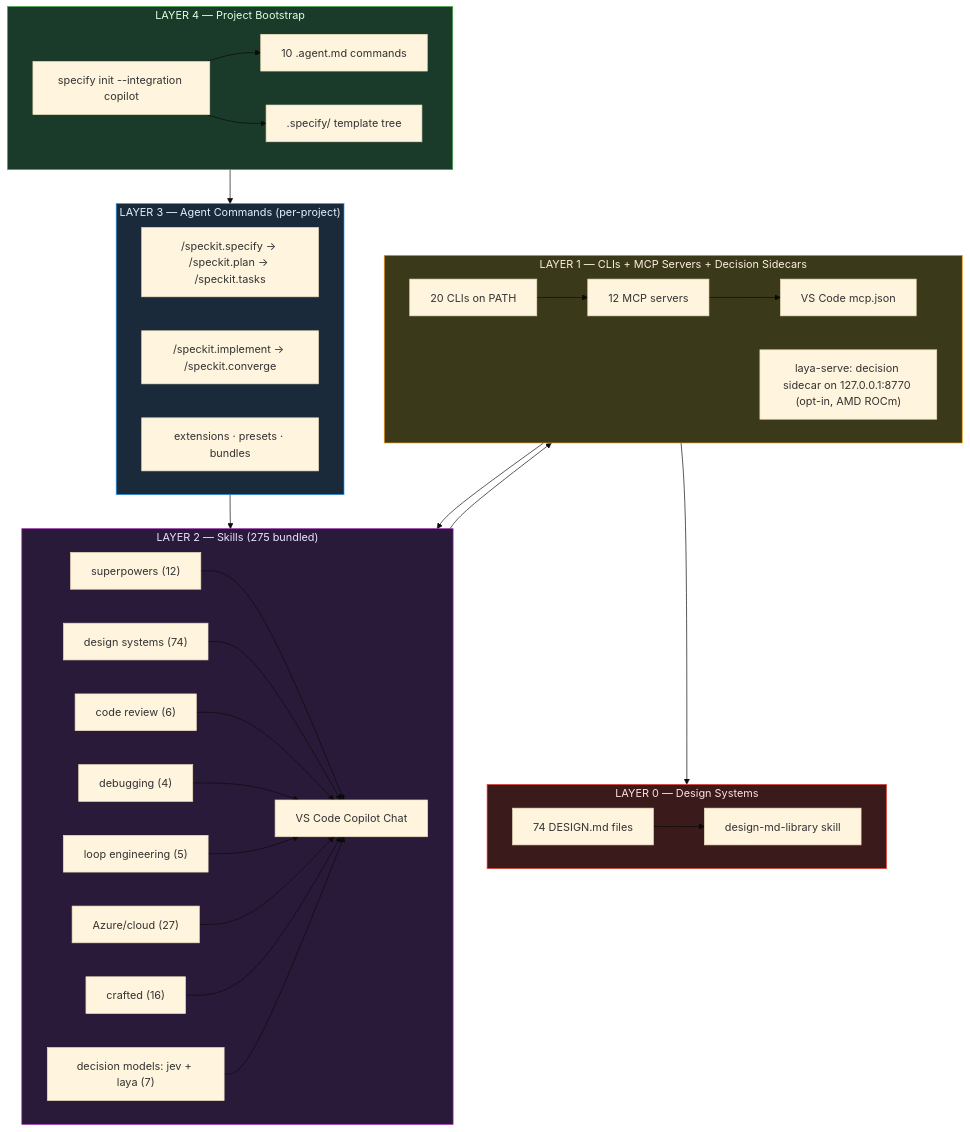
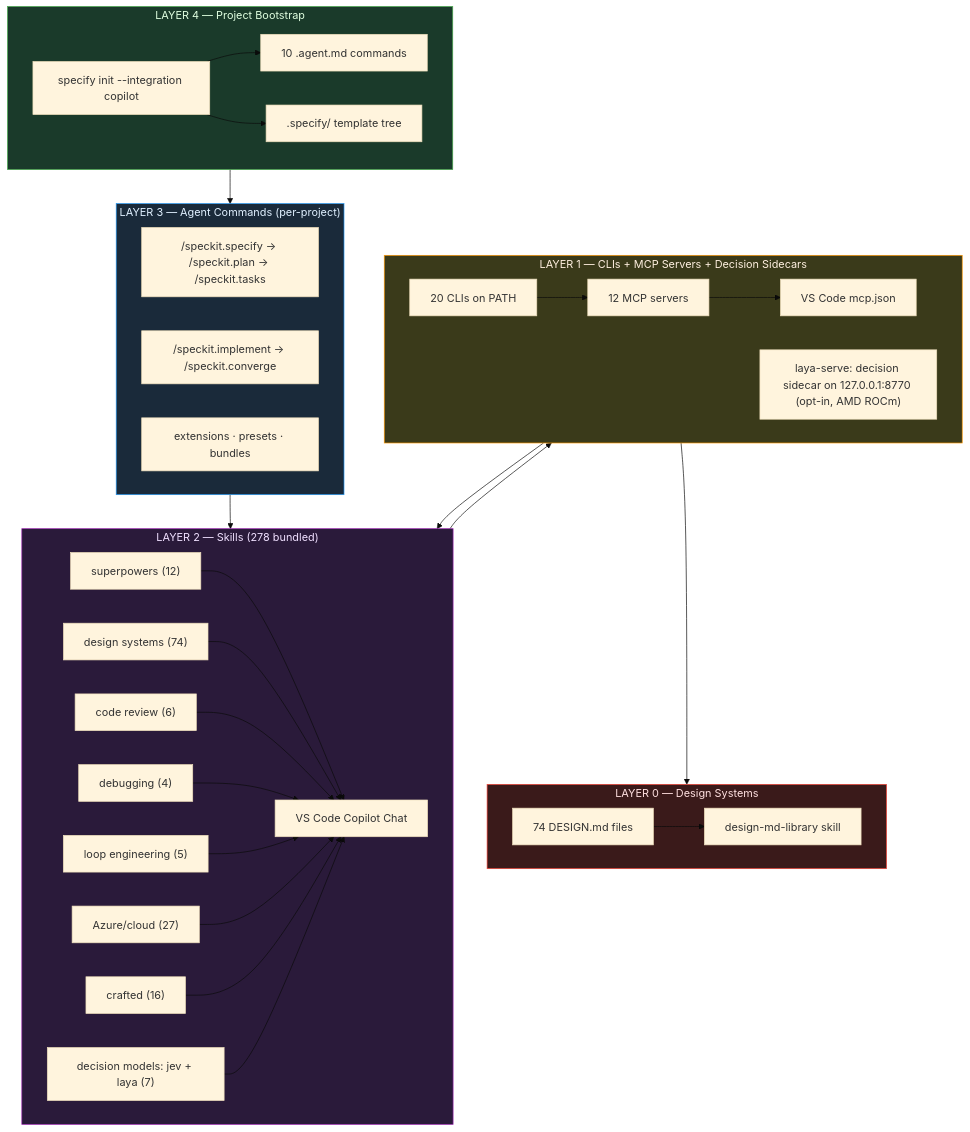
Before and after one commit to JZKK720/cubecloud-skills-bundle-kit: the diagram in README.md, drawn with Mermaid (base theme). The commit also changed other lines of this file and 6 other files, not shown here.

````diff
--- a/README.md
+++ b/README.md
@@ -35,50 +35,50 @@
 ```mermaid
 graph TB
     subgraph L4["LAYER 4 — Project Bootstrap"]
         SPEC["specify init --integration copilot"]
         AGENTS["10 .agent.md commands"]
         TEMPLATES[".specify/ template tree"]
         SPEC --> AGENTS
         SPEC --> TEMPLATES
     end
 
     subgraph L3["LAYER 3 — Agent Commands (per-project)"]
         SD["/speckit.specify → /speckit.plan → /speckit.tasks"]
         IM["/speckit.implement → /speckit.converge"]
         EXT["extensions · presets · bundles"]
     end
 
-    subgraph L2["LAYER 2 — Skills (275 bundled)"]
+    subgraph L2["LAYER 2 — Skills (278 bundled)"]
         direction LR
         METH["superpowers (12)"] --> COPILOT["VS Code Copilot Chat"]
         DSN["design systems (74)"] --> COPILOT
         REV["code review (6)"] --> COPILOT
         DBG["debugging (4)"] --> COPILOT
         LOOP["loop engineering (5)"] --> COPILOT
         AZURE["Azure/cloud (27)"] --> COPILOT
         CRAFT["crafted (16)"] --> COPILOT
         DEC["decision models: jev + laya (7)"] --> COPILOT
     end
 
     subgraph L1["LAYER 1 — CLIs + MCP Servers + Decision Sidecars"]
         direction LR
         CLI["20 CLIs on PATH"] --> MCP["12 MCP servers"]
         MCP --> VSCODE["VS Code mcp.json"]
         SC["laya-serve: decision sidecar on 127.0.0.1:8770 (opt-in, AMD ROCm)"] --> COPILOT
     end
 
     subgraph L0["LAYER 0 — Design Systems"]
         D74["74 DESIGN.md files"] --> LIB["design-md-library skill"]
     end
 
     L4 --> L3
     L3 --> L2
     L2 --> L1
     L1 --> L0
 
     style L4 fill:#1a3a2a,stroke:#4caf50,color:#e0ffe0
     style L3 fill:#1a2a3a,stroke:#2196f3,color:#e0f0ff
     style L2 fill:#2a1a3a,stroke:#9c27b0,color:#f0e0ff
     style L1 fill:#3a3a1a,stroke:#ff9800,color:#fff0e0
     style L0 fill:#3a1a1a,stroke:#f44336,color:#ffe0e0
 ```
````
